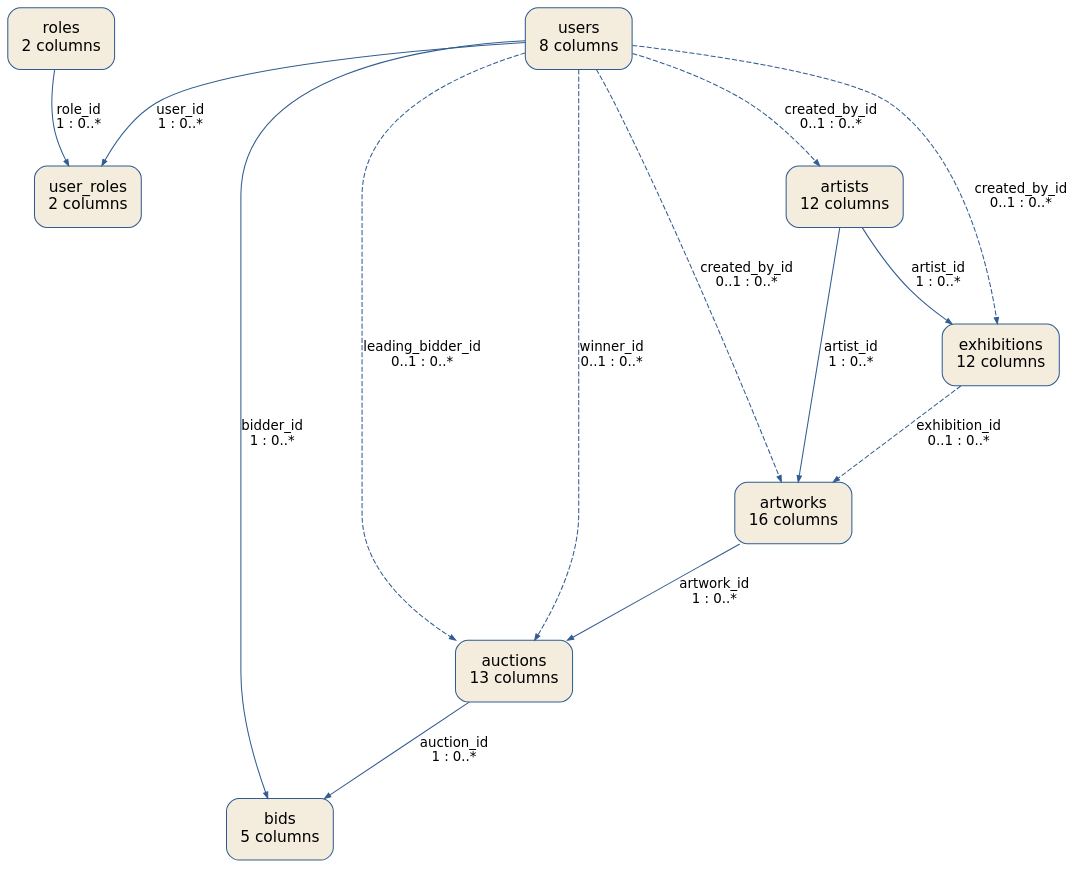
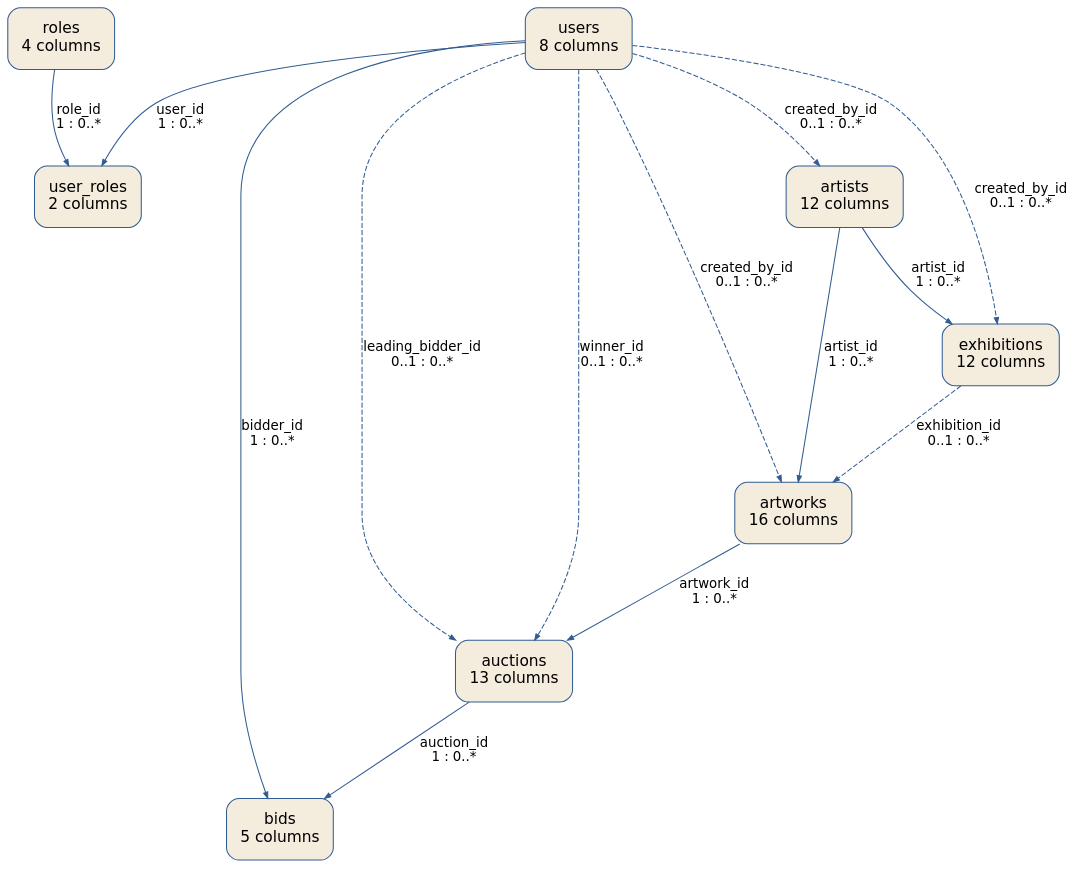
One commit to aziza-bellanes/angluar-springboot-project changed the diagram in docs/database/relationships.dot. Above: the diagram before and after it, drawn with Graphviz. The commit also changed 61 other files, not shown here.

```diff
--- a/docs/database/relationships.dot
+++ b/docs/database/relationships.dot
@@ -1,23 +1,23 @@
 digraph ER { graph [rankdir=TB,bgcolor="transparent",pad="0.2",nodesep="0.65",ranksep="0.9"]; node [shape=box,style="rounded,filled",fillcolor="#f4edde",color="#315c91",fontname="DejaVu Sans",fontsize=15,margin="0.18"]; edge [color="#315c91",fontname="DejaVu Sans",fontsize=13,arrowsize=0.6];
-roles [label="roles\n2 columns"];
+roles [label="roles\n4 columns"];
 users [label="users\n8 columns"];
 user_roles [label="user_roles\n2 columns"];
 artists [label="artists\n12 columns"];
 exhibitions [label="exhibitions\n12 columns"];
 artworks [label="artworks\n16 columns"];
 auctions [label="auctions\n13 columns"];
 bids [label="bids\n5 columns"];
 users -> user_roles [label="user_id\n1 : 0..*",style=solid];
 roles -> user_roles [label="role_id\n1 : 0..*",style=solid];
 users -> artists [label="created_by_id\n0..1 : 0..*",style=dashed];
 artists -> exhibitions [label="artist_id\n1 : 0..*",style=solid];
 users -> exhibitions [label="created_by_id\n0..1 : 0..*",style=dashed];
 artists -> artworks [label="artist_id\n1 : 0..*",style=solid];
 exhibitions -> artworks [label="exhibition_id\n0..1 : 0..*",style=dashed];
 users -> artworks [label="created_by_id\n0..1 : 0..*",style=dashed];
 artworks -> auctions [label="artwork_id\n1 : 0..*",style=solid];
 users -> auctions [label="leading_bidder_id\n0..1 : 0..*",style=dashed];
 users -> auctions [label="winner_id\n0..1 : 0..*",style=dashed];
 auctions -> bids [label="auction_id\n1 : 0..*",style=solid];
 users -> bids [label="bidder_id\n1 : 0..*",style=solid];
 }
```
